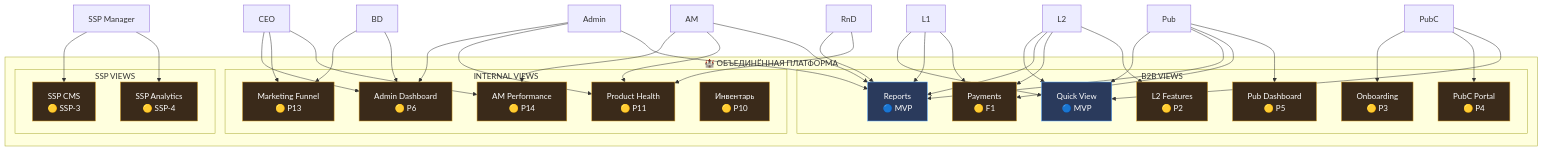
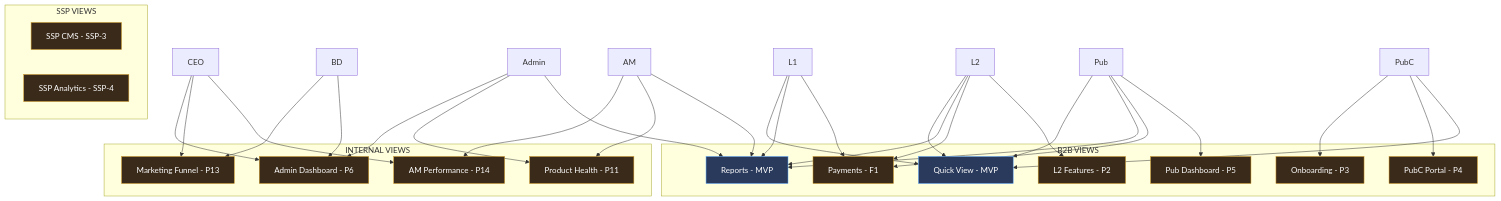
The fifth of 7 diagrams in 03-product/component-map.md (alexshevnin-cas/cas-docs), drawn with Mermaid before and after one commit. The commit also changed other lines of this file and 2 other files, not shown here.

First line of the commit message:
fix: mermaid rendering in docsify — remove emojis, use plugin hook

````diff
--- a/03-product/component-map.md
+++ b/03-product/component-map.md
@@ -373,44 +336,39 @@
 ```mermaid
 flowchart TB
-    subgraph PLATFORM_VIEWS["🏰 ОБЪЕДИНЁННАЯ ПЛАТФОРМА"]
-        subgraph B2B["B2B VIEWS"]
-            V_QV["Quick View<br/>🔵 MVP"]
-            V_REP["Reports<br/>🔵 MVP"]
-            V_PAY["Payments<br/>🟡 F1"]
-            V_L2["L2 Features<br/>🟡 P2"]
-            V_PUB["Pub Dashboard<br/>🟡 P5"]
-            V_PUBC["PubC Portal<br/>🟡 P4"]
-            V_ONBOARD["Onboarding<br/>🟡 P3"]
-        end
-
-        subgraph INT["INTERNAL VIEWS"]
-            V_ADMIN["Admin Dashboard<br/>🟡 P6"]
-            V_AM["AM Performance<br/>🟡 P14"]
-            V_FUNNEL["Marketing Funnel<br/>🟡 P13"]
-            V_HEALTH["Product Health<br/>🟡 P11"]
-            V_INV["Инвентарь<br/>🟡 P10"]
-        end
-
-        subgraph SSP_V["SSP VIEWS"]
-            V_SSP_CMS["SSP CMS<br/>🟡 SSP-3"]
-            V_SSP_AN["SSP Analytics<br/>🟡 SSP-4"]
-        end
+    subgraph B2BV["B2B VIEWS"]
+        VQV["Quick View - MVP"]
+        VREP["Reports - MVP"]
+        VPAY["Payments - F1"]
+        VL2["L2 Features - P2"]
+        VPUB["Pub Dashboard - P5"]
+        VPUBC["PubC Portal - P4"]
+        VONB["Onboarding - P3"]
     end
 
-    R_L1["L1"] --> V_QV & V_REP & V_PAY
-    R_L2["L2"] --> V_QV & V_REP & V_PAY & V_L2
-    R_PUB["Pub"] --> V_QV & V_REP & V_PAY & V_PUB
-    R_PUBC["PubC"] --> V_ONBOARD & V_PUBC & V_QV
-    R_CEO["CEO"] --> V_ADMIN & V_FUNNEL & V_AM
-    R_ADMIN["Admin"] --> V_ADMIN & V_HEALTH & V_REP
-    R_AM["AM"] --> V_AM & V_HEALTH & V_REP
-    R_BD["BD"] --> V_FUNNEL & V_ADMIN
-    R_RND["RnD"] --> V_REP & V_HEALTH
-    R_SSP_MGR["SSP Manager"] --> V_SSP_CMS & V_SSP_AN
+    subgraph INTV["INTERNAL VIEWS"]
+        VADM["Admin Dashboard - P6"]
+        VAM["AM Performance - P14"]
+        VFUN["Marketing Funnel - P13"]
+        VHL["Product Health - P11"]
+    end
+
+    subgraph SSPV["SSP VIEWS"]
+        VCMS["SSP CMS - SSP-3"]
+        VSAN["SSP Analytics - SSP-4"]
+    end
+
+    RL1["L1"] --> VQV & VREP & VPAY
+    RL2["L2"] --> VQV & VREP & VPAY & VL2
+    RPUB["Pub"] --> VQV & VREP & VPAY & VPUB
+    RPC["PubC"] --> VONB & VPUBC & VQV
+    RCEO["CEO"] --> VADM & VFUN & VAM
+    RADM["Admin"] --> VADM & VHL & VREP
+    RAM["AM"] --> VAM & VHL & VREP
+    RBD["BD"] --> VFUN & VADM
 
     classDef wip fill:#2a3a5c,stroke:#58A6FF,color:#fff
     classDef planned fill:#3a2a1a,stroke:#d29922,color:#fff
 
-    class V_QV,V_REP wip
-    class V_PAY,V_L2,V_PUB,V_PUBC,V_ONBOARD,V_ADMIN,V_AM,V_FUNNEL,V_HEALTH,V_INV,V_SSP_CMS,V_SSP_AN planned
+    class VQV,VREP wip
+    class VPAY,VL2,VPUB,VPUBC,VONB,VADM,VAM,VFUN,VHL,VCMS,VSAN planned
 ```
````
